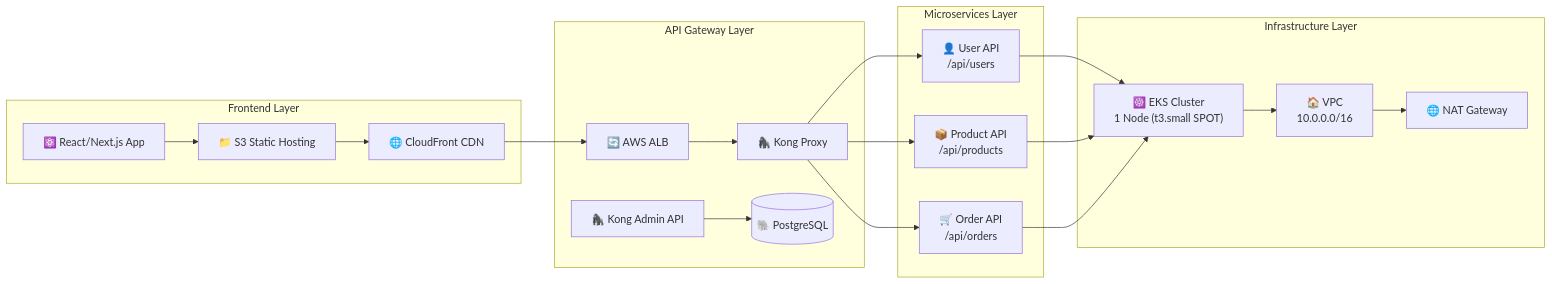
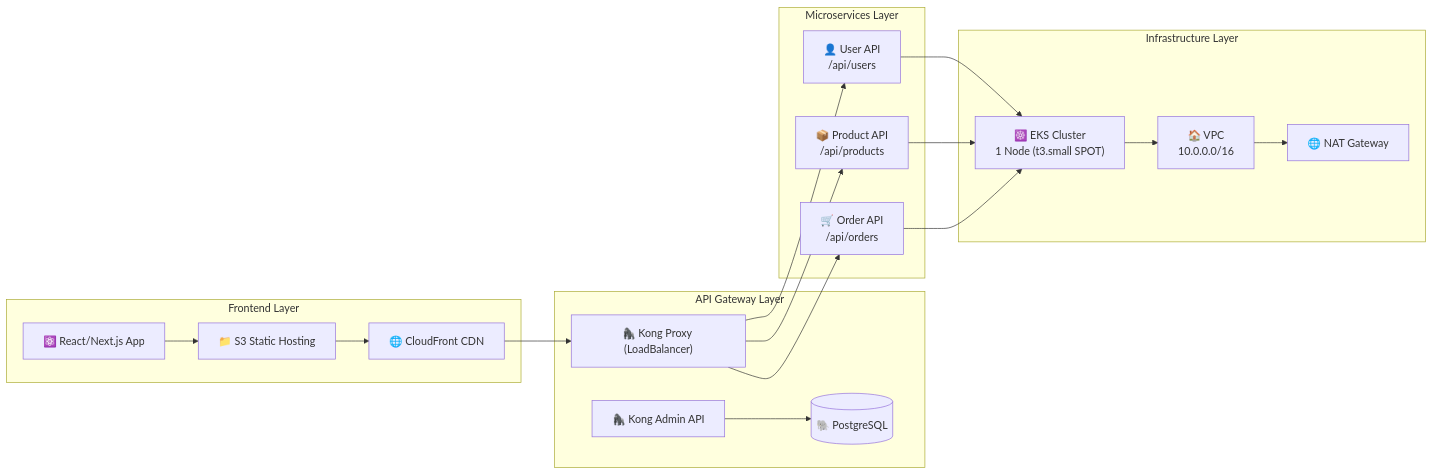
One commit to vishwaraja/farmers-market-infra changed the second of 5 diagrams in README.md. Above: the diagram before and after it, drawn with Mermaid.

Commit message:
fix: Update detailed component architecture diagram
- Remove ALB from API Gateway Layer
- Update Kong Proxy to show LoadBalancer type
- Simplify flow: CDN → Kong Proxy → Microservices
- Remove redundant ALB component and connections
- Align with simplified architecture where Kong handles load balancing directly

````diff
--- a/README.md
+++ b/README.md
@@ -77,41 +77,39 @@
 ```mermaid
 graph LR
     subgraph Frontend["Frontend Layer"]
         React["⚛️ React/Next.js App"]
         S3Static["📁 S3 Static Hosting"]
         CDN["🌐 CloudFront CDN"]
     end
     
     subgraph Gateway["API Gateway Layer"]
-        ALB["🔄 AWS ALB"]
-        KongProxy["🦍 Kong Proxy"]
+        KongProxy["🦍 Kong Proxy (LoadBalancer)"]
         KongAdmin["🦍 Kong Admin API"]
         KongDB[("🐘 PostgreSQL")]
     end
     
     subgraph Microservices["Microservices Layer"]
         UserAPI["👤 User API<br/>/api/users"]
         ProductAPI["📦 Product API<br/>/api/products"]
         OrderAPI["🛒 Order API<br/>/api/orders"]
     end
     
     subgraph Infrastructure["Infrastructure Layer"]
         EKS["☸️ EKS Cluster<br/>1 Node (t3.small SPOT)"]
         VPC["🏠 VPC<br/>10.0.0.0/16"]
         NAT["🌐 NAT Gateway"]
     end
     
     React --> S3Static
     S3Static --> CDN
-    CDN --> ALB
-    ALB --> KongProxy
+    CDN --> KongProxy
     KongProxy --> UserAPI
     KongProxy --> ProductAPI
     KongProxy --> OrderAPI
     KongAdmin --> KongDB
     UserAPI --> EKS
     ProductAPI --> EKS
     OrderAPI --> EKS
     EKS --> VPC
     VPC --> NAT
 ```
````
